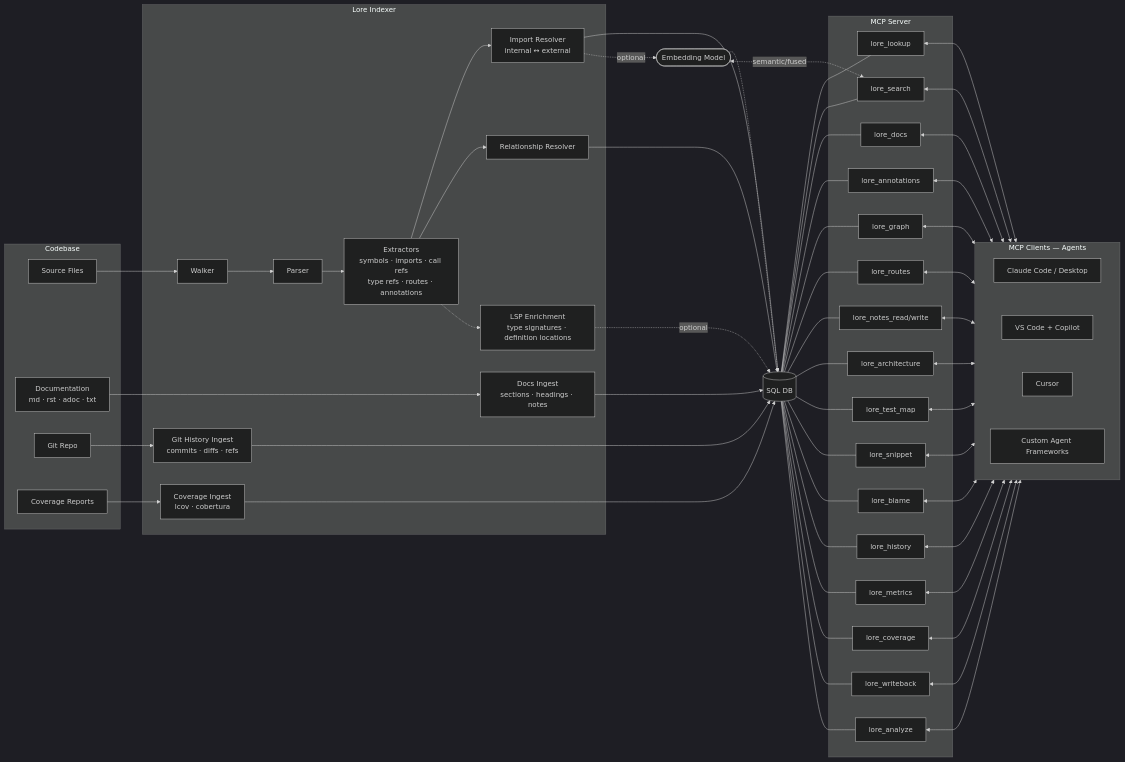
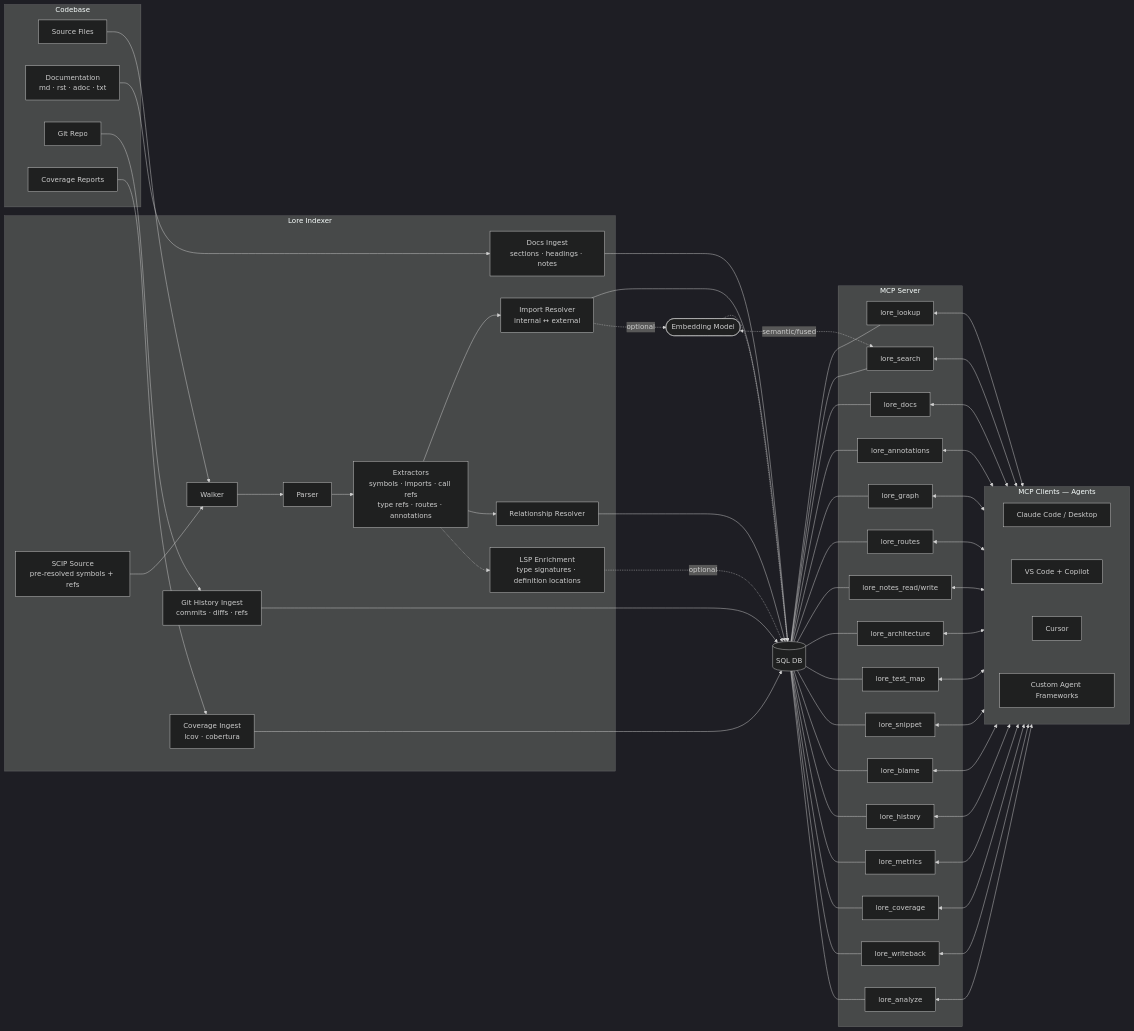
One commit to jafreck/Lore changed the diagram in README.md. Above: the diagram before and after it, drawn with Mermaid (dark theme). The commit also changed other lines of this file and 22 other files, not shown here.

````diff
--- a/README.md
+++ b/README.md
@@ -30,64 +31,65 @@
 ```mermaid
 flowchart LR
     subgraph Codebase
         SRC[Source Files]
         DOCS[Documentation<br/>md · rst · adoc · txt]
         GIT[Git Repo]
         COV[Coverage Reports]
     end
 
     subgraph Lore Indexer
+      SCIPDIRECT[SCIP Source<br/>pre-resolved symbols + refs] --> WALK
       WALK[Walker] --> PARSE[Parser] --> EXTRACT[Extractors<br/>symbols · imports · call refs<br/>type refs · routes · annotations]
         EXTRACT --> RESOLVE[Import Resolver<br/>internal ↔ external]
       EXTRACT --> CALLGRAPH[Relationship Resolver]
         EXTRACT -.-> LSPENRICH[LSP Enrichment<br/>type signatures · definition locations]
         DOCSINGEST[Docs Ingest<br/>sections · headings · notes]
         GITHIST[Git History Ingest<br/>commits · diffs · refs]
         COVINGEST[Coverage Ingest<br/>lcov · cobertura]
     end
 
     DB[(SQL DB)]
     EMBED([Embedding Model])
 
     subgraph MCP Server
         LOOKUP[lore_lookup]
         SEARCH[lore_search]
         DOCS_TOOL[lore_docs]
       ANNOT[lore_annotations]
         GRAPH[lore_graph]
       ROUTES[lore_routes]
       NOTES[lore_notes_read/write]
       ARCH[lore_architecture]
         TESTMAP[lore_test_map]
         SNIPPET[lore_snippet]
         BLAME[lore_blame]
         HISTORY[lore_history]
         METRICS[lore_metrics]
         COVERAGE[lore_coverage]
         WRITEBACK[lore_writeback]
         ANALYZE[lore_analyze]
     end
 
     subgraph MCP_CLIENTS[MCP Clients — Agents]
         CLAUDE_CODE[Claude Code / Desktop]
         COPILOT[VS Code + Copilot]
         CURSOR[Cursor]
         CUSTOM[Custom Agent Frameworks]
         CLAUDE_CODE ~~~ COPILOT ~~~ CURSOR ~~~ CUSTOM
     end
 
     SRC --> WALK
     DOCS --> DOCSINGEST --> DB
     GIT --> GITHIST --> DB
     COV --> COVINGEST --> DB
 
     RESOLVE & CALLGRAPH --> DB
     LSPENRICH -.->|optional| DB
     RESOLVE -.->|optional| EMBED
     EMBED -.-> DB
 
     DB --- LOOKUP & SEARCH & DOCS_TOOL & ANNOT & GRAPH & ROUTES & NOTES & ARCH & TESTMAP & SNIPPET & BLAME & HISTORY & METRICS & COVERAGE & WRITEBACK & ANALYZE
     EMBED <-.->|semantic/fused| SEARCH
 
     LOOKUP & SEARCH & DOCS_TOOL & ANNOT & GRAPH & ROUTES & NOTES & ARCH & TESTMAP & SNIPPET & BLAME & HISTORY & METRICS & COVERAGE & WRITEBACK & ANALYZE <--> MCP_CLIENTS
 ```
````
